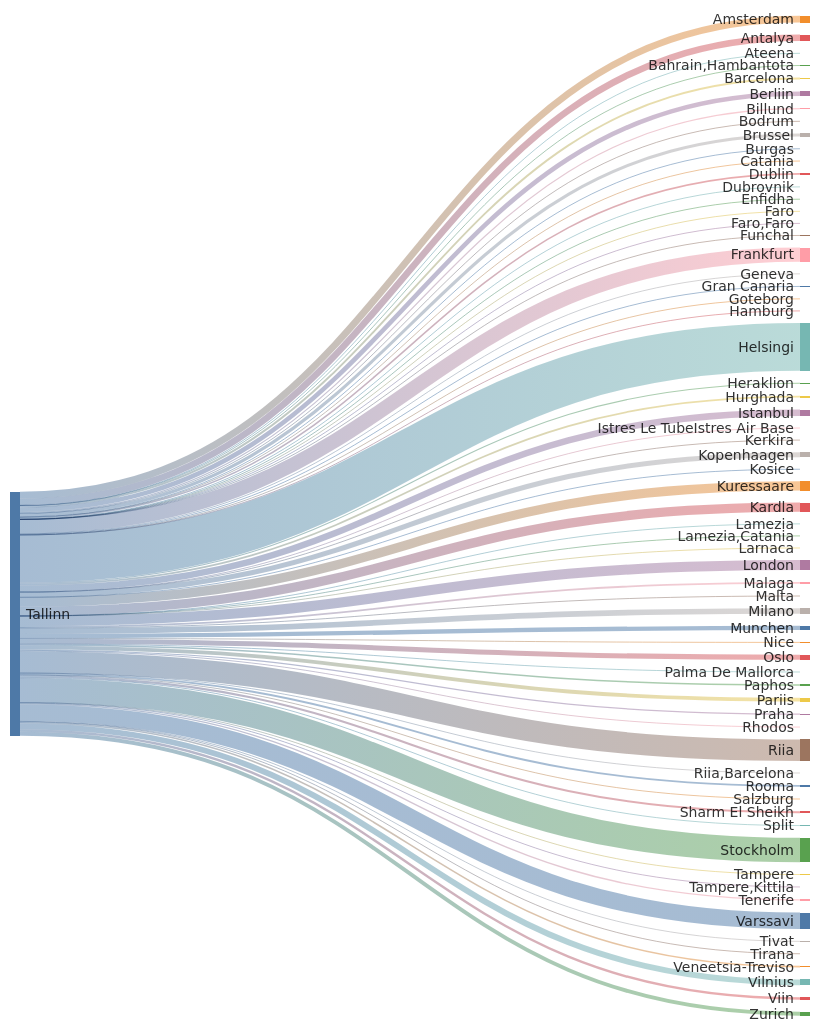
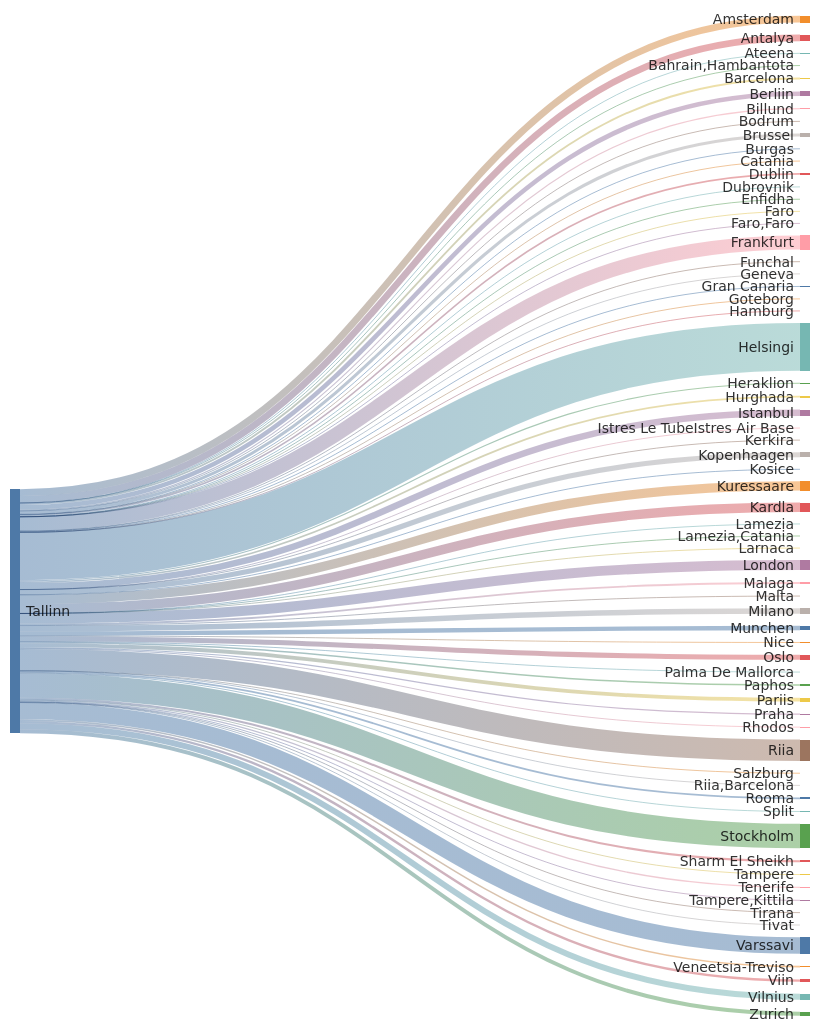
One commit to rainermesi/tll-airport-departures changed the second of 2 diagrams in README.md. Above: the diagram before and after it, drawn with Mermaid. The commit also changed other lines of this file, not shown here.

````diff
--- a/README.md
+++ b/README.md
@@ -34,77 +34,77 @@
 ```mermaid
 ---
 config:
   sankey:
     showValues: false
     width: 800
     height: 1000
 ---
 sankey-beta
 %% source,target,value
-Tallinn,Amsterdam,300
-Tallinn,Antalya,287
+Tallinn,Amsterdam,302
+Tallinn,Antalya,290
 Tallinn,Ateena,16
 Tallinn,"Bahrain,Hambantota",1
 Tallinn,Barcelona,83
-Tallinn,Berliin,202
+Tallinn,Berliin,204
 Tallinn,Billund,50
 Tallinn,Bodrum,11
 Tallinn,Brussel,135
 Tallinn,Burgas,21
 Tallinn,Catania,2
 Tallinn,Dublin,69
 Tallinn,Dubrovnik,21
 Tallinn,Enfidha,7
 Tallinn,Faro,4
 Tallinn,"Faro,Faro",1
-Tallinn,Frankfurt,619
+Tallinn,Frankfurt,622
 Tallinn,Funchal,5
 Tallinn,Geneva,13
 Tallinn,Gran Canaria,38
 Tallinn,Goteborg,1
 Tallinn,Hamburg,2
-Tallinn,Helsingi,2085
-Tallinn,Heraklion,48
+Tallinn,Helsingi,2095
+Tallinn,Heraklion,49
 Tallinn,Hurghada,75
-Tallinn,Istanbul,282
+Tallinn,Istanbul,283
 Tallinn,Istres Le TubeIstres Air Base,2
 Tallinn,Kerkira,4
-Tallinn,Kopenhaagen,222
+Tallinn,Kopenhaagen,225
 Tallinn,Kosice,1
-Tallinn,Kuressaare,406
-Tallinn,Kardla,406
+Tallinn,Kuressaare,408
+Tallinn,Kardla,408
 Tallinn,Lamezia,1
 Tallinn,"Lamezia,Catania",3
 Tallinn,Larnaca,4
-Tallinn,London,435
+Tallinn,London,436
 Tallinn,Malaga,80
 Tallinn,Malta,15
-Tallinn,Milano,246
-Tallinn,Munchen,187
-Tallinn,Nice,25
-Tallinn,Oslo,222
+Tallinn,Milano,247
+Tallinn,Munchen,189
+Tallinn,Nice,26
+Tallinn,Oslo,223
 Tallinn,Palma De Mallorca,19
 Tallinn,Paphos,66
-Tallinn,Pariis,166
+Tallinn,Pariis,167
 Tallinn,Praha,51
 Tallinn,Rhodos,33
-Tallinn,Riia,940
+Tallinn,Riia,944
 Tallinn,"Riia,Barcelona",1
 Tallinn,Rooma,80
 Tallinn,Salzburg,14
 Tallinn,Sharm El Sheikh,92
 Tallinn,Split,25
-Tallinn,Stockholm,1068
+Tallinn,Stockholm,1073
 Tallinn,Tampere,17
 Tallinn,"Tampere,Kittila",21
 Tallinn,Tenerife,58
 Tallinn,Tirana,8
 Tallinn,Tivat,27
-Tallinn,Varssavi,721
+Tallinn,Varssavi,724
 Tallinn,Veneetsia-Treviso,67
 Tallinn,Viin,106
-Tallinn,Vilnius,257
+Tallinn,Vilnius,259
 Tallinn,Zurich,172
 
 
 ```
````
